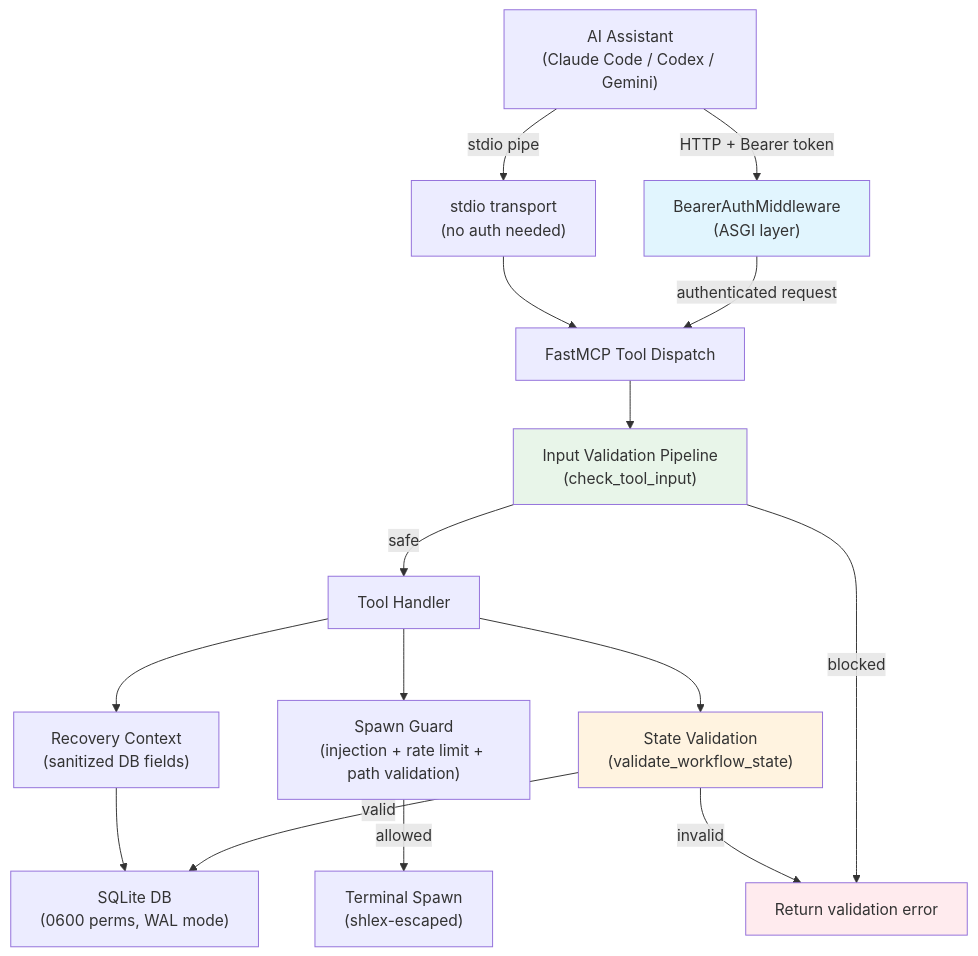
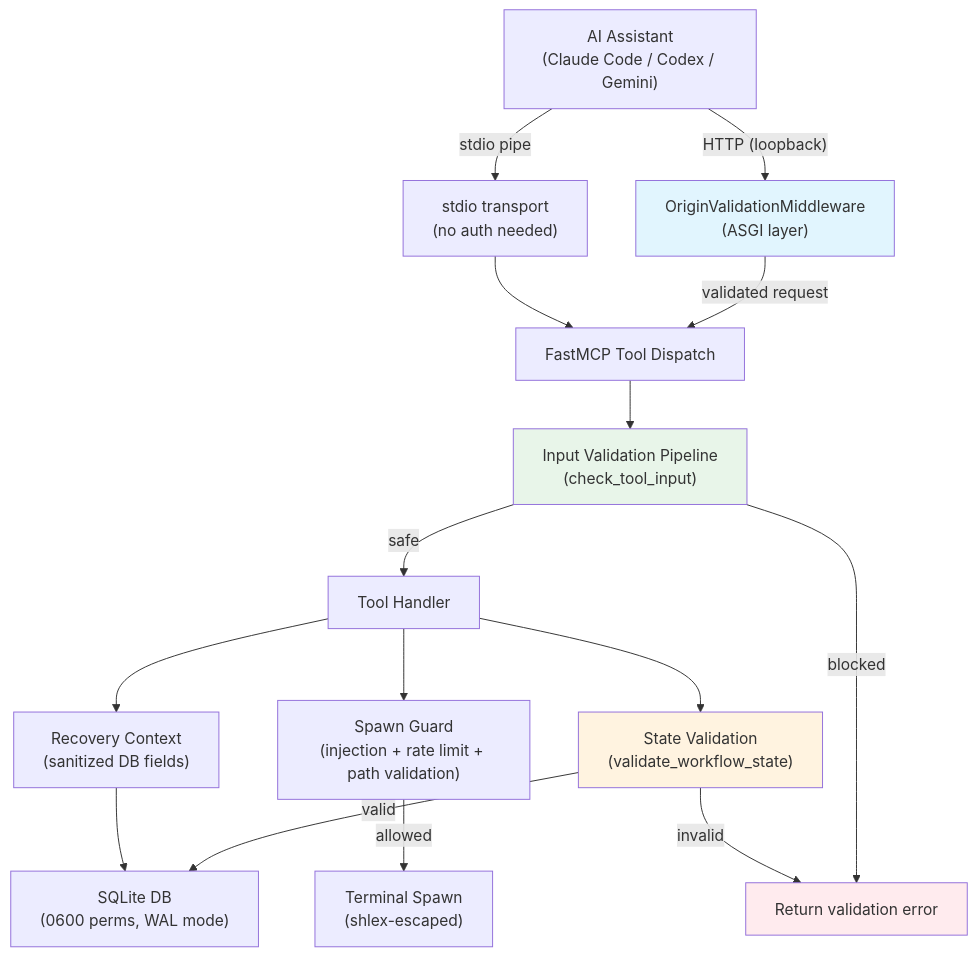
The diagram in docs/security.md (axiomantic/spellbook), drawn with Mermaid before and after one commit. The commit also changed other lines of this file and 47 other files, not shown here.

First line of the commit message:
Replace the bearer token with Origin and Host validation (#479)

````diff
--- a/docs/security.md
+++ b/docs/security.md
@@ -7,26 +7,26 @@
 ```mermaid
 graph TD
-    Client["AI Assistant<br>(Claude Code / Codex / Gemini)"] -->|"HTTP + Bearer token"| Auth["BearerAuthMiddleware<br>(ASGI layer)"]
+    Client["AI Assistant<br>(Claude Code / Codex / Gemini)"] -->|"HTTP (loopback)"| Auth["OriginValidationMiddleware<br>(ASGI layer)"]
     Client -->|"stdio pipe"| Stdio["stdio transport<br>(no auth needed)"]
 
-    Auth -->|"authenticated request"| Dispatch["FastMCP Tool Dispatch"]
+    Auth -->|"validated request"| Dispatch["FastMCP Tool Dispatch"]
     Stdio --> Dispatch
 
     Dispatch --> Validation["Input Validation Pipeline<br>(check_tool_input)"]
     Validation -->|"safe"| Handler["Tool Handler"]
     Validation -->|"blocked"| Block["Return blocked response<br>+ audit log event"]
 
     Handler --> StateVal["State Validation<br>(validate_workflow_state)"]
     Handler --> SpawnGuard["Spawn Guard<br>(injection + rate limit + path validation)"]
     Handler --> Recovery["Recovery Context<br>(sanitized DB fields)"]
 
     StateVal -->|"valid"| DB["SQLite DB<br>(0600 perms, WAL mode)"]
     StateVal -->|"invalid"| Block["Return validation error"]
     SpawnGuard -->|"allowed"| Terminal["Terminal Spawn<br>(shlex-escaped)"]
     Recovery --> DB
 
     style Auth fill:#e1f5fe
     style Validation fill:#e8f5e9
     style StateVal fill:#fff3e0
     style Block fill:#ffebee
 ```
````
